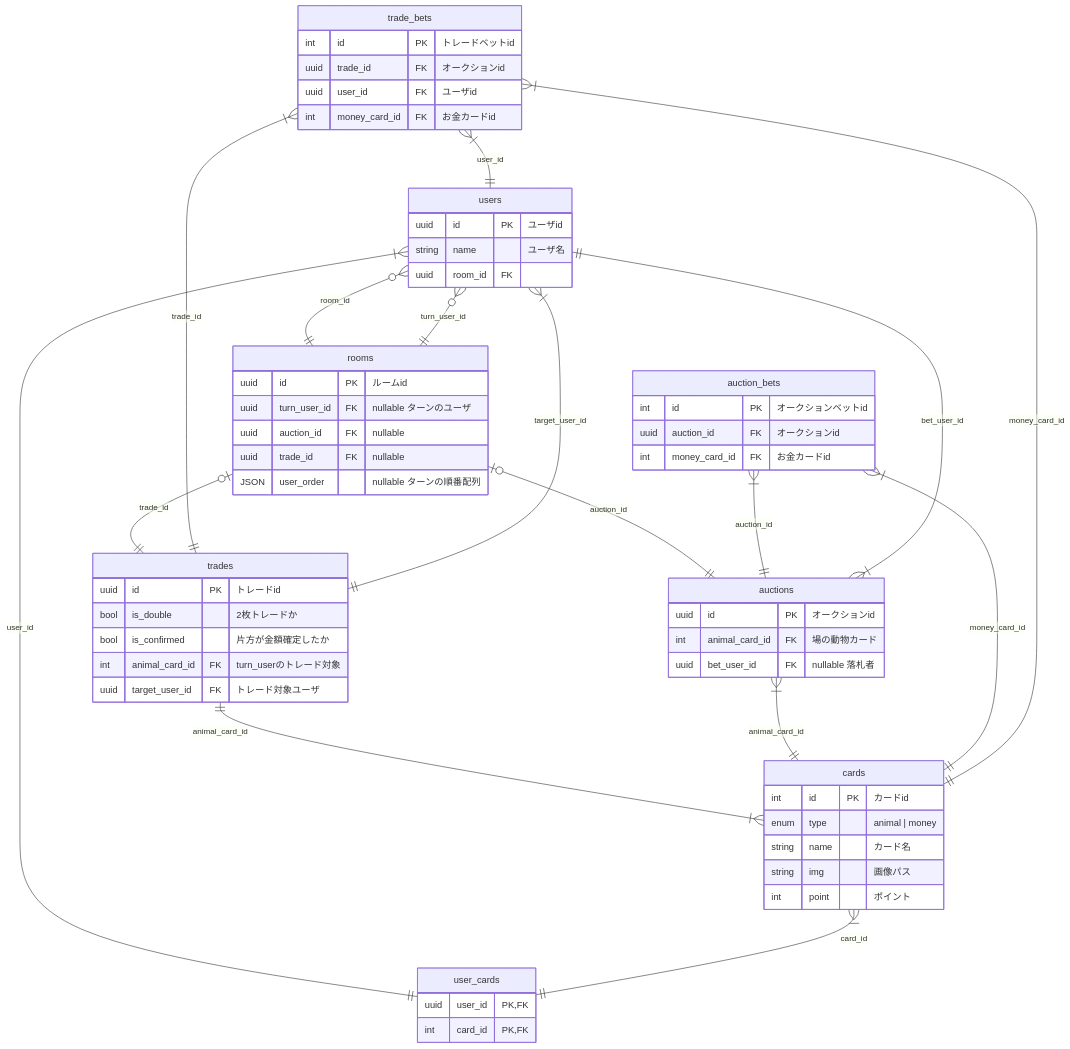
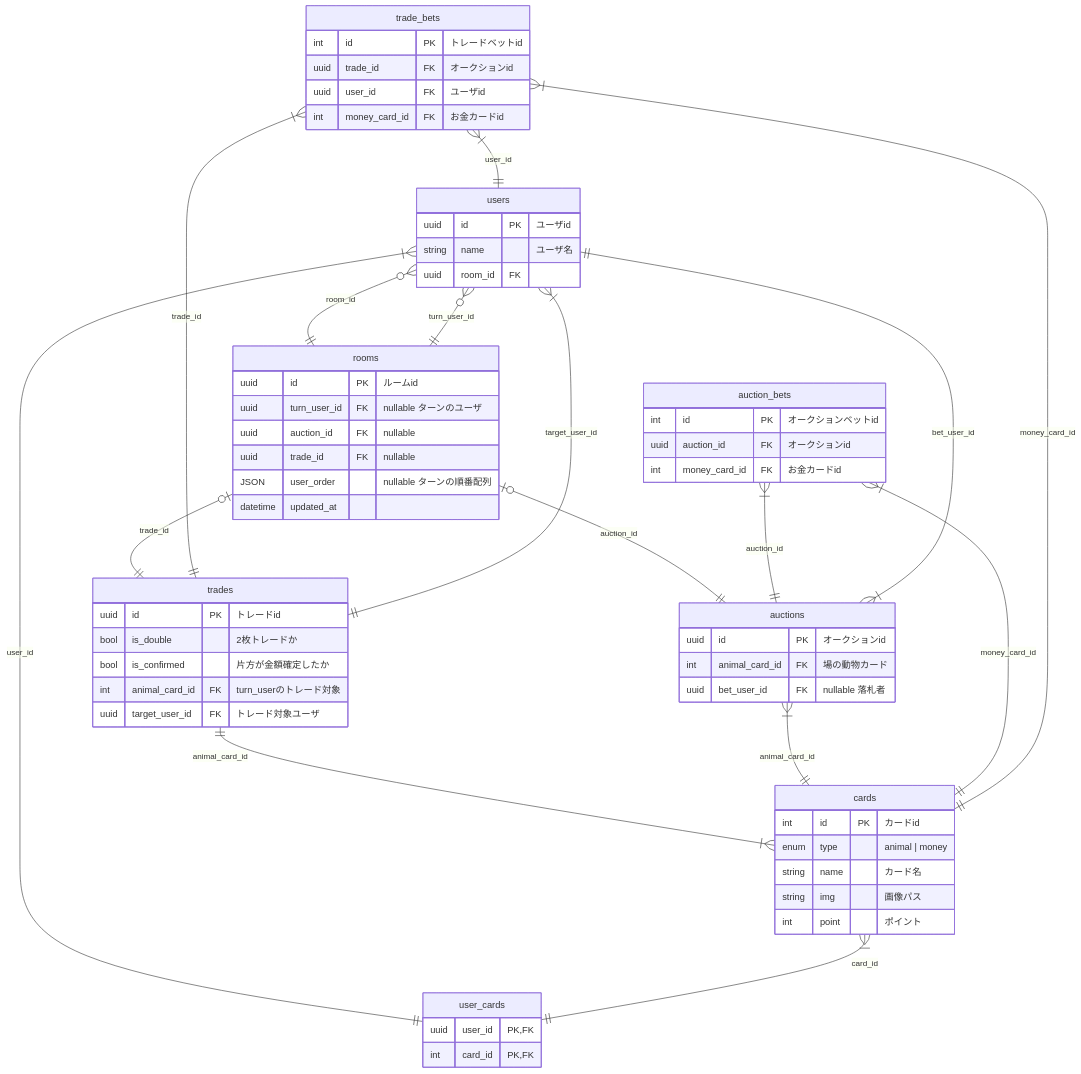
One commit to alltheturkey/auction changed the diagram in document/ER-diagram.md. Above: the diagram before and after it, drawn with Mermaid. The commit also changed 3 other files, not shown here.

Commit message:
docs(document): fix sequence

````diff
--- a/document/ER-diagram.md
+++ b/document/ER-diagram.md
@@ -1,72 +1,73 @@
 ```mermaid
 erDiagram
     users o{--|| rooms : "room_id"
     rooms ||--o{ users : "turn_user_id"
     users |{--|| user_cards : "user_id"
     cards |{--|| user_cards : "card_id"
     rooms o|--|| auctions : "auction_id"
     rooms o|--|| trades : "trade_id"
     trades ||--|{ cards : "animal_card_id"
     trades ||--|{ users : "target_user_id"
     auctions |{--|| cards : "animal_card_id"
     auctions |{--|| users : "bet_user_id"
     auction_bets |{--|| auctions : "auction_id"
     auction_bets |{--|| cards : "money_card_id"
     trade_bets |{--|| trades : "trade_id"
     trade_bets |{--|| users : "user_id"
     trade_bets |{--|| cards : "money_card_id"
 
     users {
         uuid id PK "ユーザid"
         string name "ユーザ名"
         uuid room_id FK
     }
 
     user_cards {
         uuid user_id PK,FK
         int card_id PK,FK
     }
 
     cards {
         int id PK "カードid"
         enum type "animal | money"
         string name "カード名"
         string img "画像パス"
         int point "ポイント"
     }
 
     rooms {
         uuid id PK "ルームid"
         uuid turn_user_id FK "nullable ターンのユーザ"
         uuid auction_id FK "nullable"
         uuid trade_id FK "nullable"
         JSON user_order "nullable ターンの順番配列"
+        datetime updated_at
     }
 
     auctions {
         uuid id PK "オークションid"
         int animal_card_id FK "場の動物カード"
         uuid bet_user_id FK "nullable 落札者"
     }
 
     auction_bets {
         int id PK "オークションベットid"
         uuid auction_id FK "オークションid"
         int money_card_id FK "お金カードid"
     }
 
     trades {
         uuid id PK "トレードid"
         bool is_double "2枚トレードか"
         bool is_confirmed "片方が金額確定したか"
         int animal_card_id FK "turn_userのトレード対象"
         uuid target_user_id FK "トレード対象ユーザ"
     }
 
     trade_bets{
         int id PK "トレードベットid"
         uuid trade_id FK "オークションid"
         uuid user_id FK "ユーザid"
         int money_card_id FK "お金カードid"
     }
 ```
````
